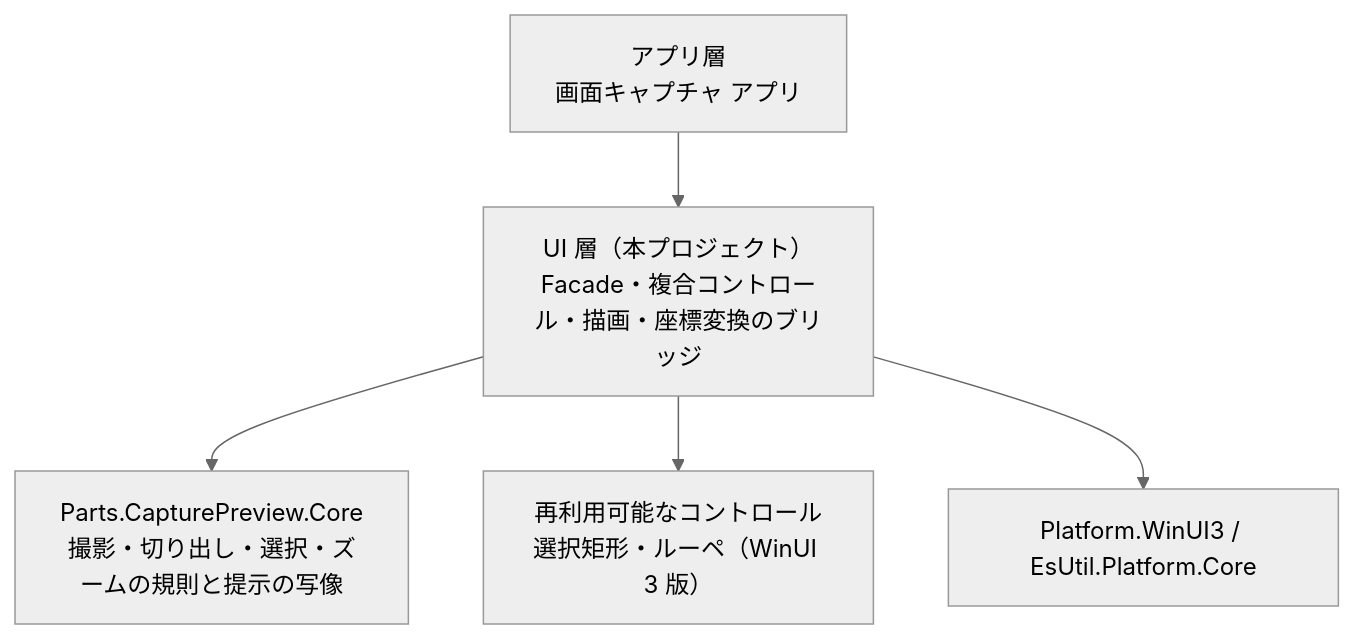
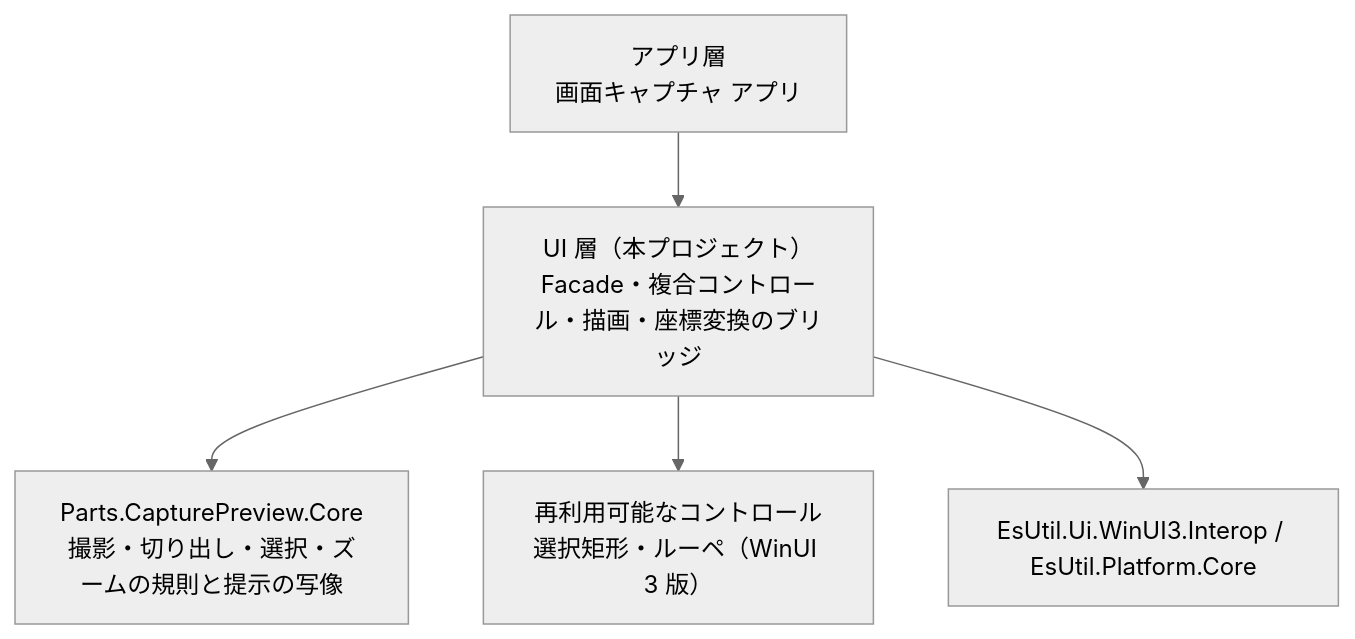
One commit to tomokuni/SaveEvidence changed the first of 7 diagrams in src/Parts.CapturePreview.ControlWinUI3/docs/SPEC_System.md. Above: the diagram before and after it, drawn with Mermaid (neutral theme). The commit also changed other lines of this file and 220 other files, not shown here.

First line of the commit message:
Platform.* を EsUtil.Ui.<UI>.Interop（EsUtil リポジトリ）へ移す

````diff
--- a/src/Parts.CapturePreview.ControlWinUI3/docs/SPEC_System.md
+++ b/src/Parts.CapturePreview.ControlWinUI3/docs/SPEC_System.md
@@ -41,13 +41,13 @@
 ```mermaid
 flowchart TB
     APP["アプリ層<br/>画面キャプチャ アプリ"]
     UI["UI 層（本プロジェクト）<br/>Facade・複合コントロール・描画・座標変換のブリッジ"]
     CORE["Parts.CapturePreview.Core<br/>撮影・切り出し・選択・ズームの規則と提示の写像"]
     CTRL["再利用可能なコントロール<br/>選択矩形・ルーペ（WinUI 3 版）"]
-    PLAT["Platform.WinUI3 / EsUtil.Platform.Core"]
+    PLAT["EsUtil.Ui.WinUI3.Interop / EsUtil.Platform.Core"]
 
     APP --> UI
     UI --> CORE
     UI --> CTRL
     UI --> PLAT
 ```
````
